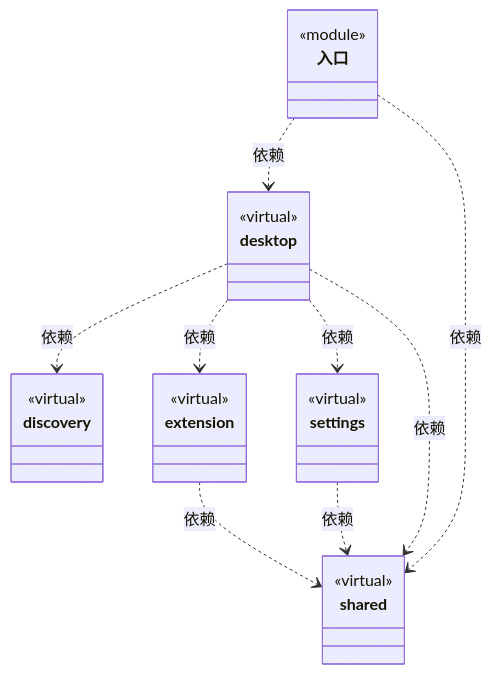
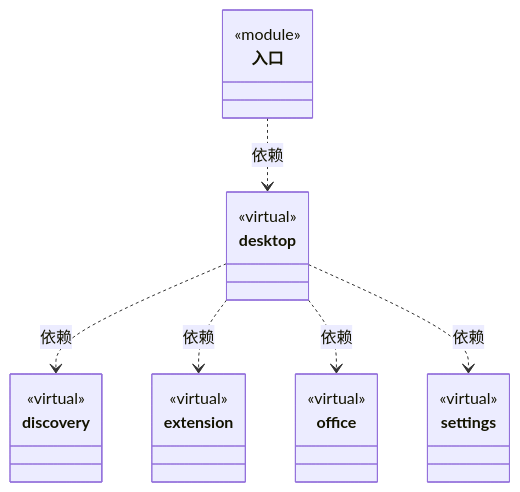
One commit to nan023062/cbim changed the first of 2 diagrams in src/view-new/ARCHITECTURE.md. Above: the diagram before and after it, drawn with Mermaid. The commit also changed other lines of this file and 30 other files, not shown here.

````diff
--- a/src/view-new/ARCHITECTURE.md
+++ b/src/view-new/ARCHITECTURE.md
@@ -23,35 +23,32 @@
 ```mermaid
 classDiagram
 class N_3b750e3edb60["desktop"] {
   <<virtual>>
 }
 click N_3b750e3edb60 href "desktop/ARCHITECTURE.md"
 class N_b08560c38277["入口"] {
   <<module>>
 }
 click N_b08560c38277 href "main.ts"
 class N_52575372bc39["discovery"] {
   <<virtual>>
 }
 click N_52575372bc39 href "discovery/ARCHITECTURE.md"
 class N_3581845b4caa["extension"] {
   <<virtual>>
 }
 click N_3581845b4caa href "extension/ARCHITECTURE.md"
+class N_3a7479c3194b["office"] {
+  <<virtual>>
+}
+click N_3a7479c3194b href "office/ARCHITECTURE.md"
 class N_d63ed31fde81["settings"] {
   <<virtual>>
 }
 click N_d63ed31fde81 href "settings/ARCHITECTURE.md"
-class N_a94f7ca21bb9["shared"] {
-  <<virtual>>
-}
-click N_a94f7ca21bb9 href "shared/ARCHITECTURE.md"
 N_b08560c38277 ..> N_3b750e3edb60 : 依赖
-N_b08560c38277 ..> N_a94f7ca21bb9 : 依赖
 N_3b750e3edb60 ..> N_52575372bc39 : 依赖
 N_3b750e3edb60 ..> N_3581845b4caa : 依赖
+N_3b750e3edb60 ..> N_3a7479c3194b : 依赖
 N_3b750e3edb60 ..> N_d63ed31fde81 : 依赖
-N_3b750e3edb60 ..> N_a94f7ca21bb9 : 依赖
-N_3581845b4caa ..> N_a94f7ca21bb9 : 依赖
-N_d63ed31fde81 ..> N_a94f7ca21bb9 : 依赖
 ```
````
